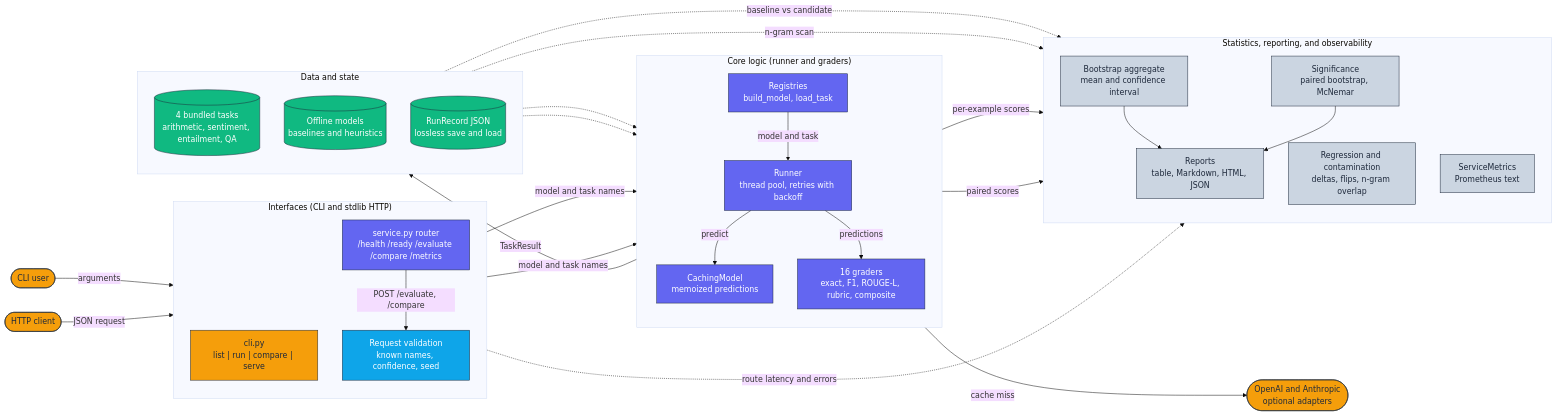
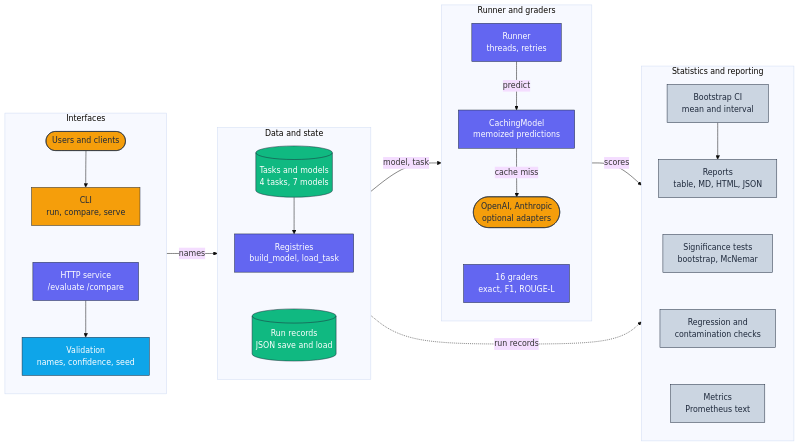
Before and after one commit to adeoluo/evaluation-harness: the diagram in docs/architecture/architecture.mmd, drawn with Mermaid (base theme). The commit also changed 1 other file, not shown here.

Commit message:
docs: compact horizontal architecture diagram

```diff
--- a/docs/architecture/architecture.mmd
+++ b/docs/architecture/architecture.mmd
@@ -1,61 +1,48 @@
 flowchart LR
     classDef edge     fill:#F59E0B,stroke:#1E293B,color:#1E293B,stroke-width:1px;
     classDef core     fill:#6366F1,stroke:#1E293B,color:#ffffff,stroke-width:1px;
     classDef data     fill:#10B981,stroke:#1E293B,color:#ffffff,stroke-width:1px;
     classDef control  fill:#0EA5E9,stroke:#1E293B,color:#ffffff,stroke-width:1px;
     classDef obs      fill:#CBD5E1,stroke:#1E293B,color:#1E293B,stroke-width:1px;
 
-    User([CLI user]):::edge
-    Client([HTTP client]):::edge
-    Providers([OpenAI and Anthropic<br/>optional adapters]):::edge
-
-    subgraph Interfaces["Interfaces (CLI and stdlib HTTP)"]
+    subgraph Interfaces["Interfaces"]
         direction TB
-        CLI["cli.py<br/>list | run | compare | serve"]:::edge
-        Router["service.py router<br/>/health /ready /evaluate /compare /metrics"]:::core
-        Validate["Request validation<br/>known names, confidence, seed"]:::control
-    end
-
-    subgraph Core["Core logic (runner and graders)"]
-        direction TB
-        Registries["Registries<br/>build_model, load_task"]:::core
-        Runner["Runner<br/>thread pool, retries with backoff"]:::core
-        Cache["CachingModel<br/>memoized predictions"]:::core
-        Graders["16 graders<br/>exact, F1, ROUGE-L, rubric, composite"]:::core
+        Users([Users and clients]):::edge
+        CLI["CLI<br/>run, compare, serve"]:::edge
+        Router["HTTP service<br/>/evaluate /compare"]:::core
+        Validate["Validation<br/>names, confidence, seed"]:::control
+        Users --> CLI ~~~ Router --> Validate
     end
 
     subgraph State["Data and state"]
         direction TB
-        Tasks[("4 bundled tasks<br/>arithmetic, sentiment, entailment, QA")]:::data
-        Models[("Offline models<br/>baselines and heuristics")]:::data
-        Records[("RunRecord JSON<br/>lossless save and load")]:::data
+        Catalog[("Tasks and models<br/>4 tasks, 7 models")]:::data
+        Registries["Registries<br/>build_model, load_task"]:::core
+        Records[("Run records<br/>JSON save and load")]:::data
+        Catalog --> Registries ~~~ Records
     end
 
-    subgraph Obs["Statistics, reporting, and observability"]
+    subgraph Core["Runner and graders"]
         direction TB
-        Bootstrap["Bootstrap aggregate<br/>mean and confidence interval"]:::obs
-        Significance["Significance<br/>paired bootstrap, McNemar"]:::obs
-        Checks["Regression and contamination<br/>deltas, flips, n-gram overlap"]:::obs
-        Reports["Reports<br/>table, Markdown, HTML, JSON"]:::obs
-        Metrics["ServiceMetrics<br/>Prometheus text"]:::obs
+        Runner["Runner<br/>threads, retries"]:::core
+        Cache["CachingModel<br/>memoized predictions"]:::core
+        Providers([OpenAI, Anthropic<br/>optional adapters]):::edge
+        Graders["16 graders<br/>exact, F1, ROUGE-L"]:::core
+        Runner -->|predict| Cache -->|cache miss| Providers
+        Providers ~~~ Graders
     end
 
-    User -->|arguments| CLI
-    Client -->|JSON request| Router
-    Router -->|POST /evaluate, /compare| Validate
-    CLI -->|model and task names| Registries
-    Validate -->|model and task names| Registries
-    Tasks -.-> Registries
-    Models -.-> Registries
-    Registries -->|model and task| Runner
-    Runner -->|predict| Cache
-    Cache -->|cache miss| Providers
-    Runner -->|predictions| Graders
-    Graders -->|per-example scores| Bootstrap
-    Graders -->|paired scores| Significance
-    Bootstrap --> Reports
-    Significance --> Reports
-    Runner -->|TaskResult| Records
-    Records -.->|baseline vs candidate| Checks
-    Tasks -.->|n-gram scan| Checks
-    Router -.->|route latency and errors| Metrics
+    subgraph Obs["Statistics and reporting"]
+        direction TB
+        Bootstrap["Bootstrap CI<br/>mean and interval"]:::obs
+        Significance["Significance tests<br/>bootstrap, McNemar"]:::obs
+        Reports["Reports<br/>table, MD, HTML, JSON"]:::obs
+        Checks["Regression and<br/>contamination checks"]:::obs
+        Metrics["Metrics<br/>Prometheus text"]:::obs
+        Bootstrap --> Reports ~~~ Significance ~~~ Checks ~~~ Metrics
+    end
+
+    Interfaces -->|names| State
+    State -->|model, task| Core
+    Core -->|scores| Obs
+    State -.->|run records| Obs
```
